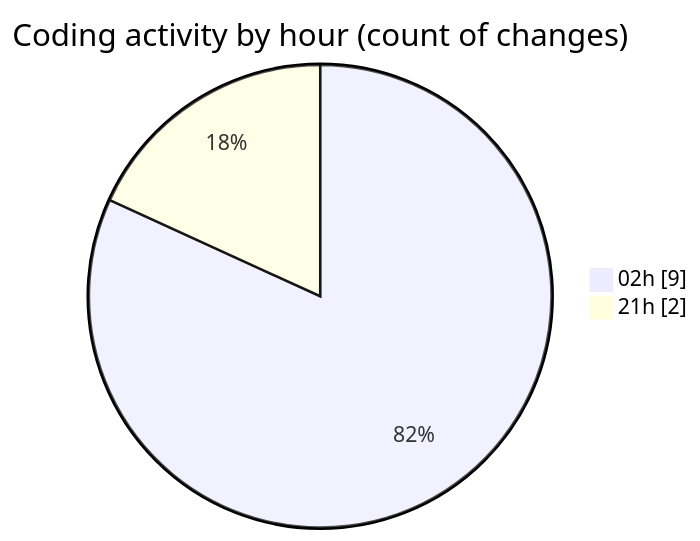
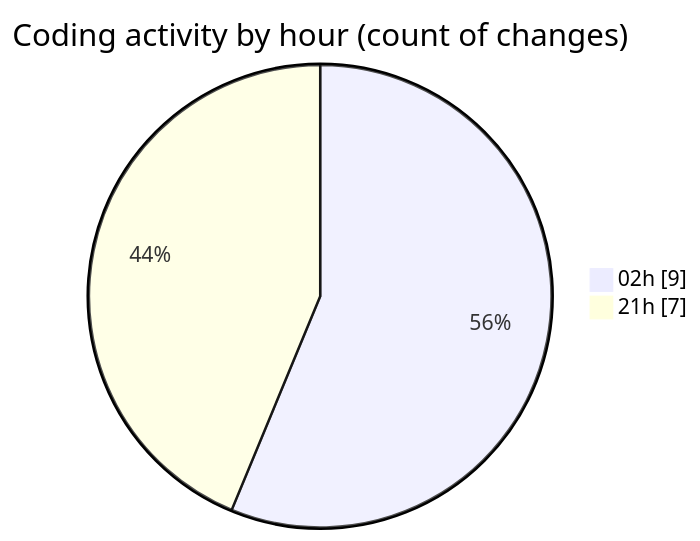
One commit to hasnaa123/code-tracking changed the second of 2 diagrams in 2026-02-22/student_performance_system/README.md. Above: the diagram before and after it, drawn with Mermaid. The commit also changed other lines of this file and 1 other file, not shown here.

````diff
--- a/2026-02-22/student_performance_system/README.md
+++ b/2026-02-22/student_performance_system/README.md
@@ -28,6 +28,6 @@
 ```mermaid
 pie showData
 title Coding activity by hour (count of changes)
 "02h" : 9
-"21h" : 2
+"21h" : 7
 ```
````
